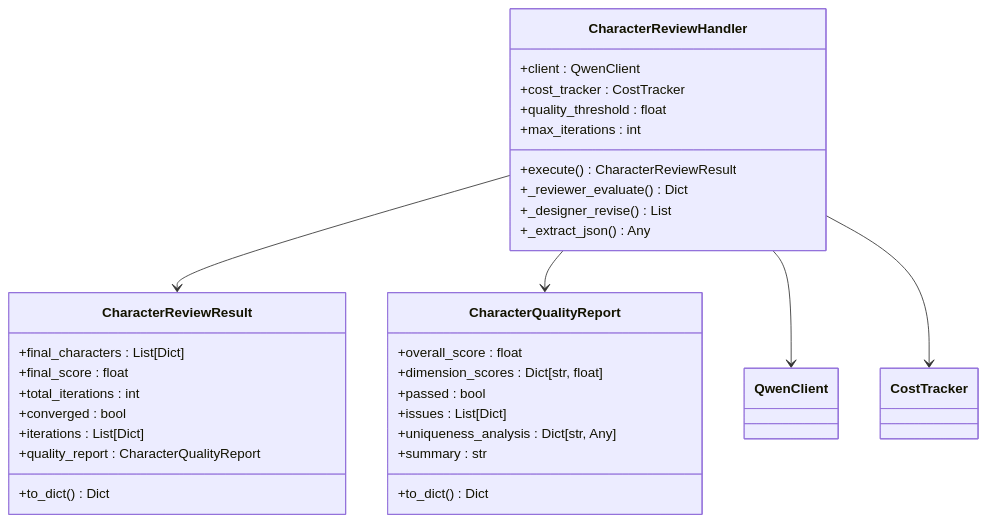
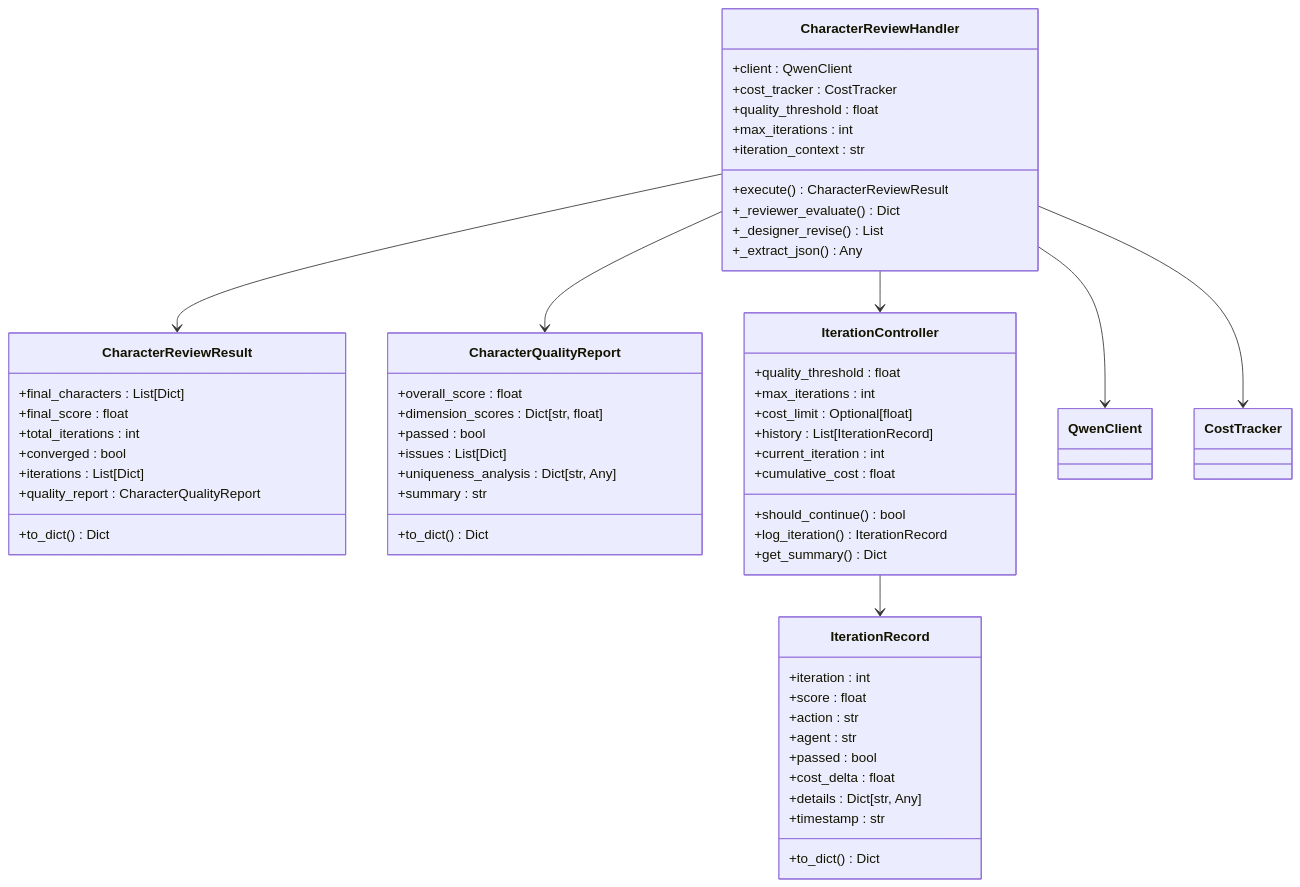
One commit to xfbyxq/ai-novel-system changed the second of 9 diagrams in .qoder/repowiki/zh/content/AI智能体系统/角色审查处理器.md. Above: the diagram before and after it, drawn with Mermaid. The commit also changed other lines of this file and 10 other files, not shown here.

````diff
--- a/.qoder/repowiki/zh/content/AI智能体系统/角色审查处理器.md
+++ b/.qoder/repowiki/zh/content/AI智能体系统/角色审查处理器.md
@@ -90,35 +106,60 @@
 ```mermaid
 classDiagram
 class CharacterReviewHandler {
 +client : QwenClient
 +cost_tracker : CostTracker
 +quality_threshold : float
 +max_iterations : int
 +execute() CharacterReviewResult
 +_reviewer_evaluate() Dict
 +_designer_revise() List
 +_extract_json() Any
++iteration_context : str
 }
 class CharacterReviewResult {
 +final_characters : List[Dict]
 +final_score : float
 +total_iterations : int
 +converged : bool
 +iterations : List[Dict]
 +quality_report : CharacterQualityReport
 +to_dict() Dict
 }
 class CharacterQualityReport {
 +overall_score : float
 +dimension_scores : Dict[str, float]
 +passed : bool
 +issues : List[Dict]
 +uniqueness_analysis : Dict[str, Any]
 +summary : str
 +to_dict() Dict
 }
+class IterationController {
++quality_threshold : float
++max_iterations : int
++cost_limit : Optional[float]
++history : List[IterationRecord]
++current_iteration : int
++cumulative_cost : float
++should_continue() bool
++log_iteration() IterationRecord
++get_summary() Dict
+}
+class IterationRecord {
++iteration : int
++score : float
++action : str
++agent : str
++passed : bool
++cost_delta : float
++details : Dict[str, Any]
++timestamp : str
++to_dict() Dict
+}
 CharacterReviewHandler --> CharacterReviewResult
 CharacterReviewHandler --> CharacterQualityReport
 CharacterReviewHandler --> QwenClient
 CharacterReviewHandler --> CostTracker
+CharacterReviewHandler --> IterationController
+IterationController --> IterationRecord
 ```
````
